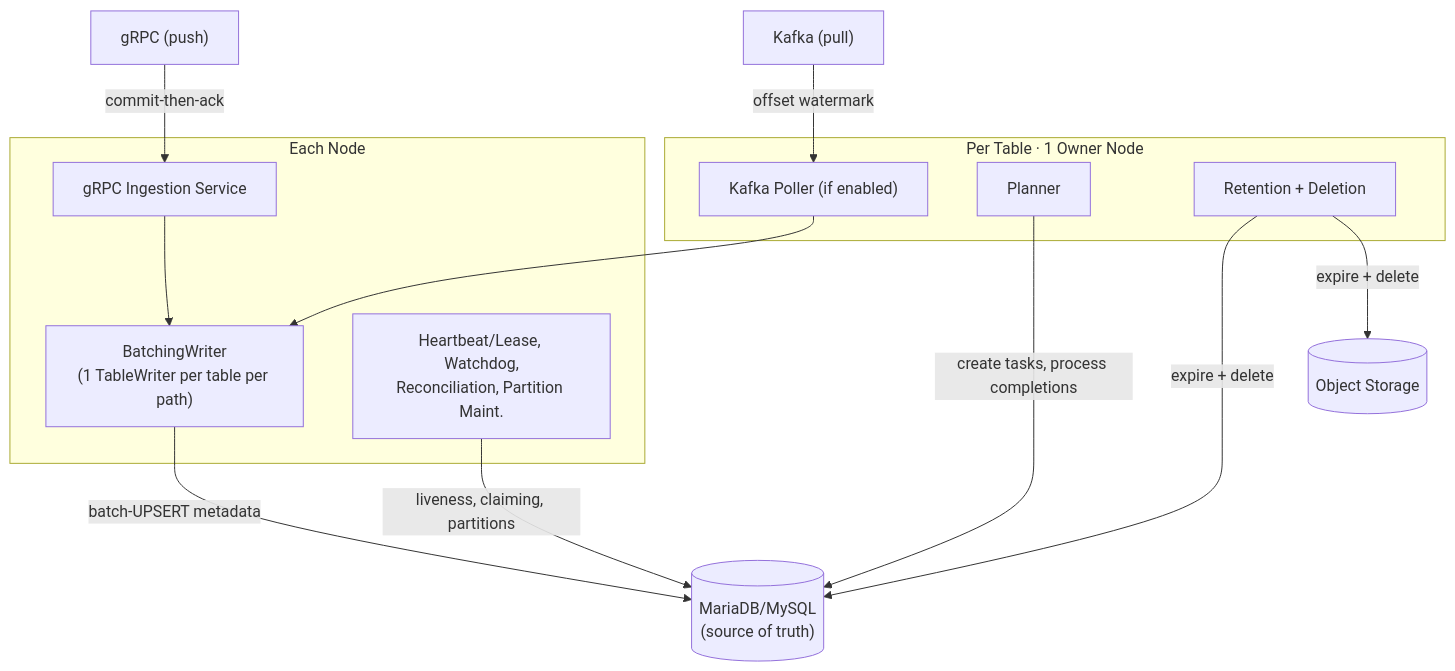
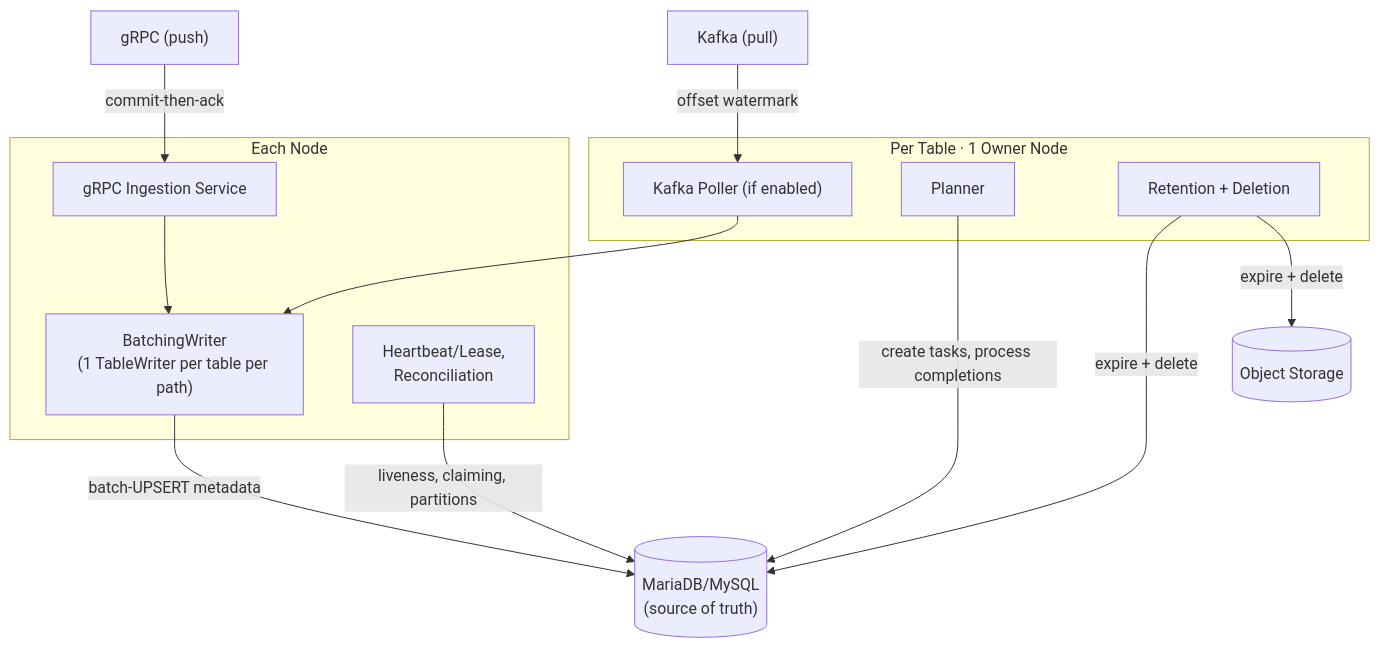
The first of 2 diagrams in README.md (y-scope/metalog), drawn with Mermaid before and after one commit. The commit also changed 7 other files, not shown here.

````diff
--- a/README.md
+++ b/README.md
@@ -82,24 +82,24 @@
 ```mermaid
 flowchart TD
     gRPC["gRPC (push)"] -->|"commit-then-ack"| GrpcSvc
     Kafka["Kafka (pull)"] -->|"offset watermark"| Poller
 
     subgraph Owner["Per Table · 1 Owner Node"]
         Poller["Kafka Poller (if enabled)"]
         Planner
         Cleanup["Retention + Deletion"]
     end
 
     subgraph Node["Each Node"]
         GrpcSvc["gRPC Ingestion Service"]
         BW["BatchingWriter<br/>(1 TableWriter per table per path)"]
-        HAAll["Heartbeat/Lease, Watchdog,<br/>Reconciliation, Partition Maint."]
+        HAAll["Heartbeat/Lease,<br/>Reconciliation"]
     end
 
     GrpcSvc --> BW
     Poller --> BW
     BW -- "batch-UPSERT metadata" --> DB[("MariaDB/MySQL<br/>(source of truth)")]
     Planner -- "create tasks, process completions" --> DB
     HAAll -- "liveness, claiming, partitions" --> DB
     Cleanup -- "expire + delete" --> DB & S3[("Object Storage")]
 ```
````
